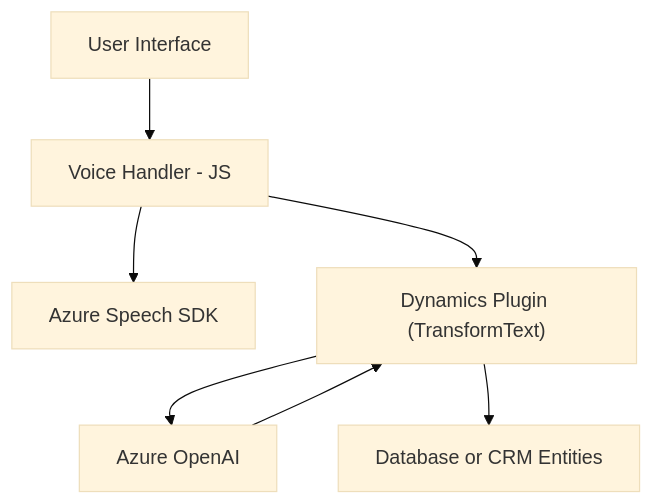
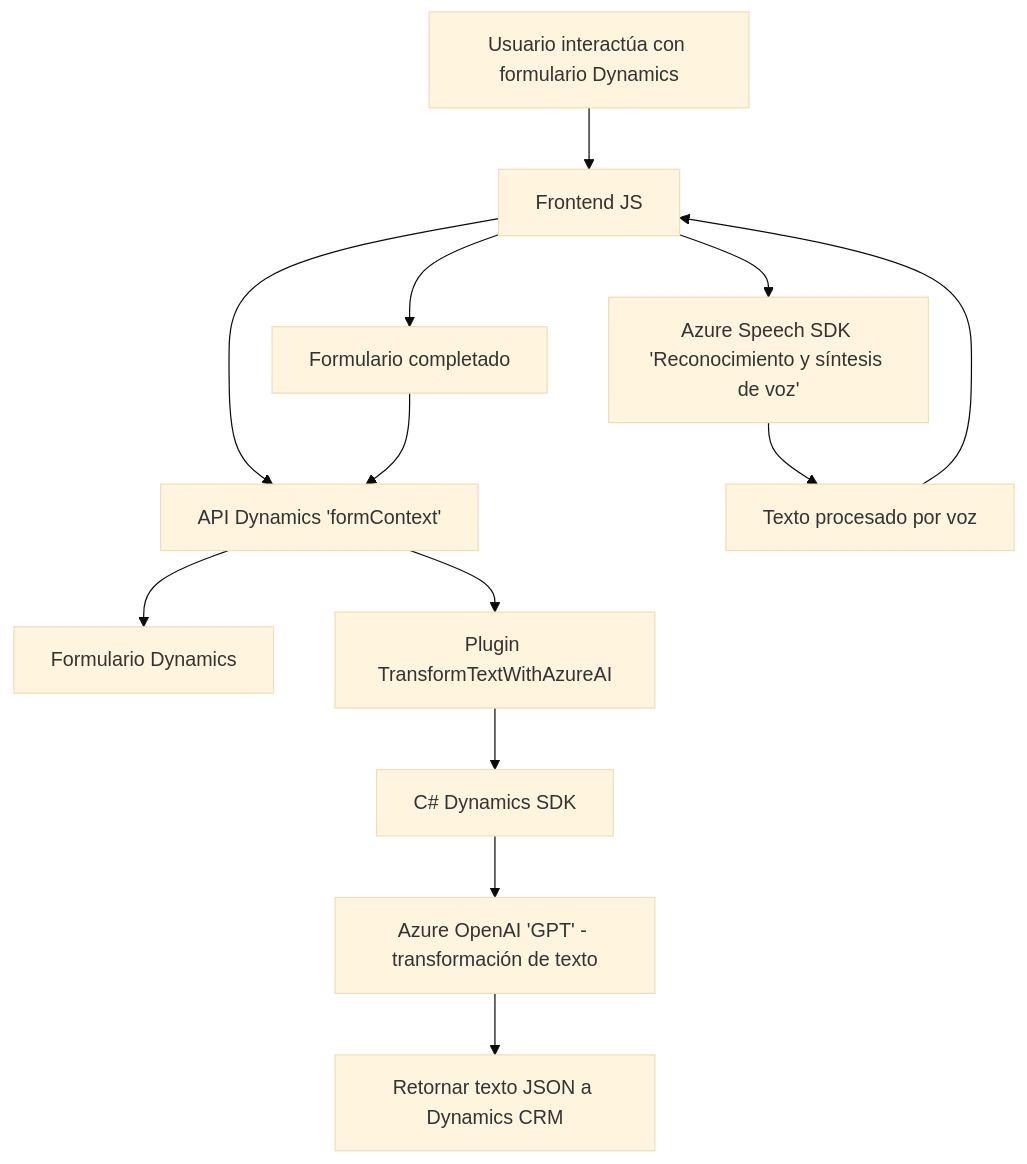
Before and after one commit to blopezdm/NETCORE_BILBAO2025: the diagram in README.md, drawn with Mermaid (base theme). The commit also changed other lines of this file, not shown here.

Commit message:
Actualizar análisis global de la solución con IA

````diff
--- a/README.md
+++ b/README.md
@@ -45,16 +40,16 @@
 ```mermaid
 graph TD
-    A1["User Interface"]
-    A2["Voice Handler - JS"]
-    A3["Azure Speech SDK"]
-    B["Dynamics Plugin (TransformText)"]
-    C["Azure OpenAI"]
-    D["Database or CRM Entities"]
+    A["Usuario interactúa con formulario Dynamics"] --> B["Frontend JS"]
+    B --> C["Azure Speech SDK 'Reconocimiento y síntesis de voz'"]
+    B --> D["API Dynamics 'formContext'"]
+    D --> E["Formulario Dynamics"]
+    C --> F["Texto procesado por voz"]
+    F --> B
+    B --> G["Formulario completado"]
+    G --> D
 
-    A1 --> A2
-    A2 --> A3
-    A2 --> B
-    B --> C
-    B --> D
-    C --> B
+    H["Plugin TransformTextWithAzureAI"] --> I["C# Dynamics SDK"]
+    I --> J["Azure OpenAI 'GPT' - transformación de texto"]
+    J --> K["Retornar texto JSON a Dynamics CRM"]
+    D --> H
 ```
````
